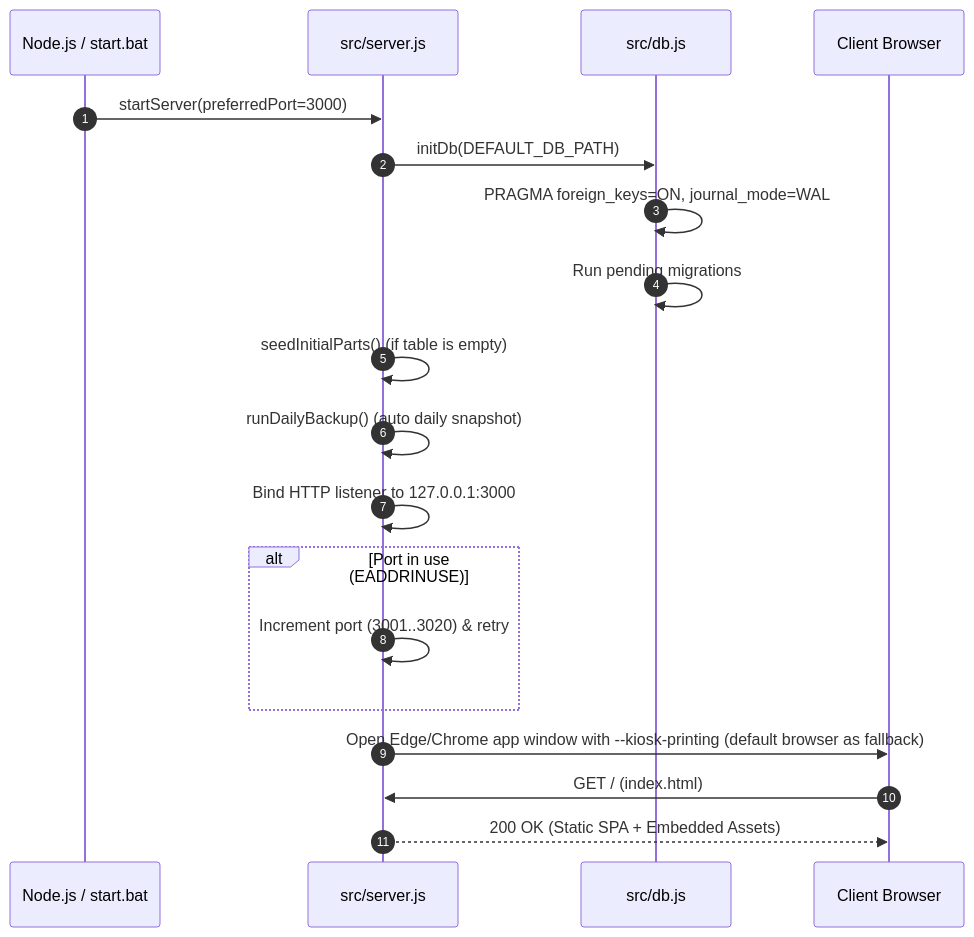
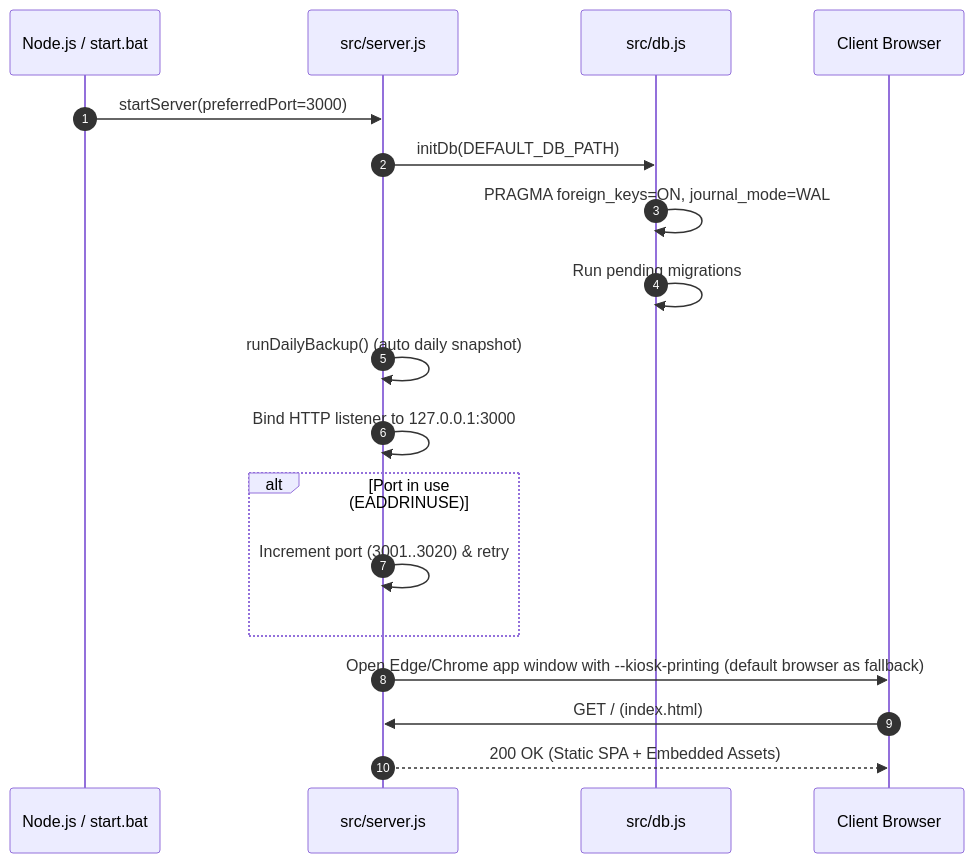
Before and after one commit to katalepsis69/PHONEPOS: the diagram in docs/ARCHITECTURE.md, drawn with Mermaid. The commit also changed 94 other files, not shown here.

````diff
--- a/docs/ARCHITECTURE.md
+++ b/docs/ARCHITECTURE.md
@@ -90,22 +90,21 @@
 ```mermaid
 sequenceDiagram
     autonumber
     participant Process as Node.js / start.bat
     participant Server as src/server.js
     participant DB as src/db.js
     participant Browser as Client Browser
 
     Process->>Server: startServer(preferredPort=3000)
     Server->>DB: initDb(DEFAULT_DB_PATH)
     DB->>DB: PRAGMA foreign_keys=ON, journal_mode=WAL
     DB->>DB: Run pending migrations
-    Server->>Server: seedInitialParts() (if table is empty)
     Server->>Server: runDailyBackup() (auto daily snapshot)
     Server->>Server: Bind HTTP listener to 127.0.0.1:3000
     alt Port in use (EADDRINUSE)
         Server->>Server: Increment port (3001..3020) & retry
     end
     Server->>Browser: Open Edge/Chrome app window with --kiosk-printing (default browser as fallback)
     Browser->>Server: GET / (index.html)
     Server-->>Browser: 200 OK (Static SPA + Embedded Assets)
 ```
````
